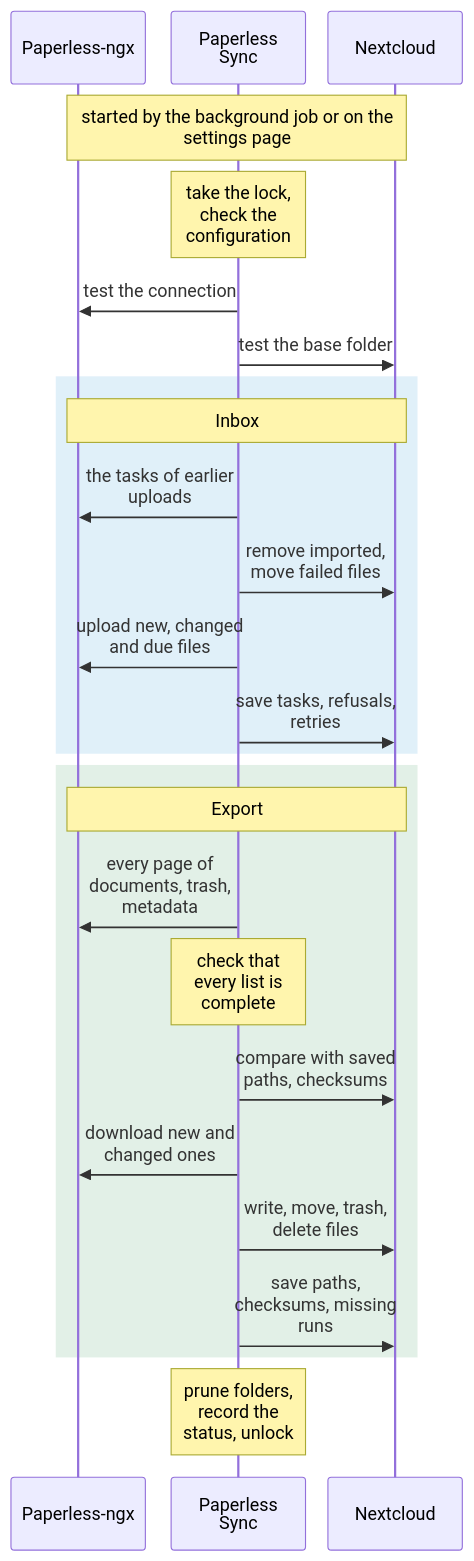
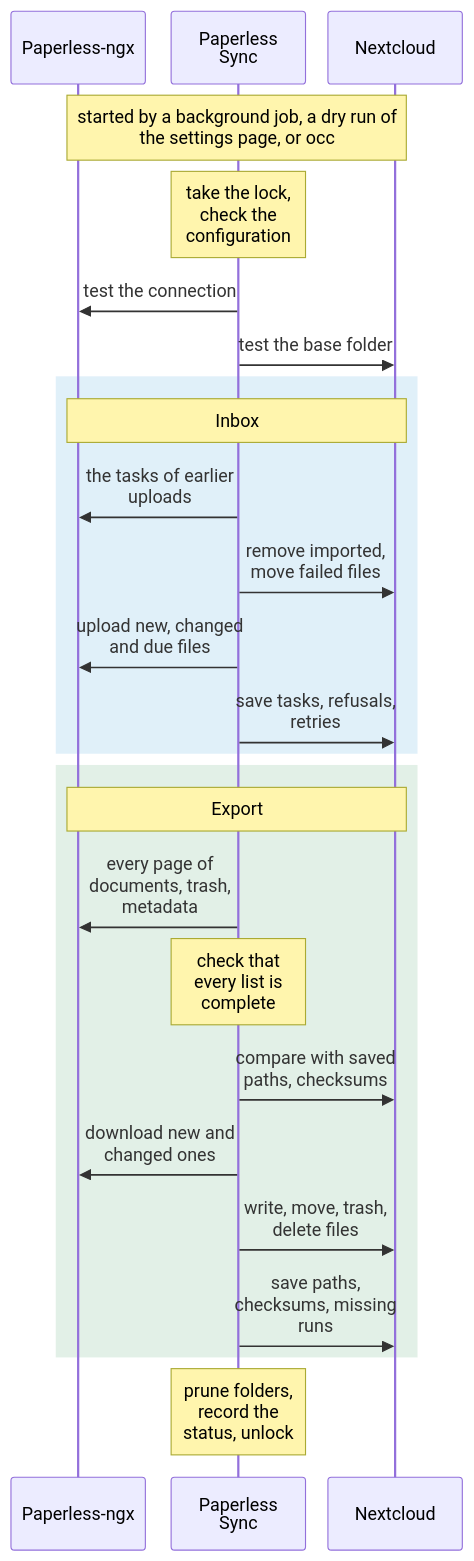
The diagram in docs/diagrams/one-run-of-the-synchronization.mmd (Dennis-Otto/paperless-sync), drawn with Mermaid before and after one commit. The commit also changed 63 other files, not shown here.

First line of the commit message:
feat: occ commands and 'Synchronize now' as a background job (#171)

```diff
--- a/docs/diagrams/one-run-of-the-synchronization.mmd
+++ b/docs/diagrams/one-run-of-the-synchronization.mmd
@@ -1,35 +1,35 @@
 ---
 config:
   sequence:
     wrap: true
     width: 120
     actorMargin: 20
     diagramMarginX: 8
 ---
 sequenceDiagram
     accTitle: One run of the synchronization
-    accDescr: The background job or the settings page starts a run. Paperless Sync takes the lock, checks the configuration, and tests the connection to Paperless-ngx and the base folder in Nextcloud. Inbox: it asks Paperless for the tasks of earlier uploads, removes imported files from Nextcloud and moves failed ones, uploads new, changed and due files to Paperless, and stores their tasks, refusals and retries in the database. Export: it reads every page of the documents, the trash and the metadata from Paperless, checks that every list came back complete, compares their paths and checksums with those in the database, downloads new and changed documents, writes, moves, trashes and deletes their files, and saves paths, checksums and missing runs. Finally it prunes empty folders, records the status and releases the lock.
+    accDescr: A background job, the settings page with a dry run, or an occ command starts a run. Paperless Sync takes the lock, checks the configuration, and tests the connection to Paperless-ngx and the base folder in Nextcloud. Inbox: it asks Paperless for the tasks of earlier uploads, removes imported files from Nextcloud and moves failed ones, uploads new, changed and due files to Paperless, and stores their tasks, refusals and retries in the database. Export: it reads every page of the documents, the trash and the metadata from Paperless, checks that every list came back complete, compares their paths and checksums with those in the database, downloads new and changed documents, writes, moves, trashes and deletes their files, and saves paths, checksums and missing runs. Finally it prunes empty folders, records the status and releases the lock.
     participant Paperless as Paperless-ngx
     participant Sync as Paperless Sync
     participant Nextcloud as Nextcloud
-    Note over Paperless,Nextcloud: started by the background job or on the settings page
+    Note over Paperless,Nextcloud: started by a background job, a dry run of the settings page, or occ
     Note over Sync: take the lock, check the configuration
     Sync->>Paperless: test the connection
     Sync->>Nextcloud: test the base folder
     rect rgba(0, 130, 201, 0.12)
         Note over Paperless,Nextcloud: Inbox
         Sync->>Paperless: the tasks of earlier uploads
         Sync->>Nextcloud: remove imported, move failed files
         Sync->>Paperless: upload new, changed and due files
         Sync->>Nextcloud: save tasks, refusals, retries
     end
     rect rgba(23, 128, 61, 0.12)
         Note over Paperless,Nextcloud: Export
         Sync->>Paperless: every page of documents, trash, metadata
         Note over Sync: check that every list is complete
         Sync->>Nextcloud: compare with saved paths, checksums
         Sync->>Paperless: download new and changed ones
         Sync->>Nextcloud: write, move, trash, delete files
         Sync->>Nextcloud: save paths, checksums, missing runs
     end
     Note over Sync: prune folders, record the status, unlock
```
